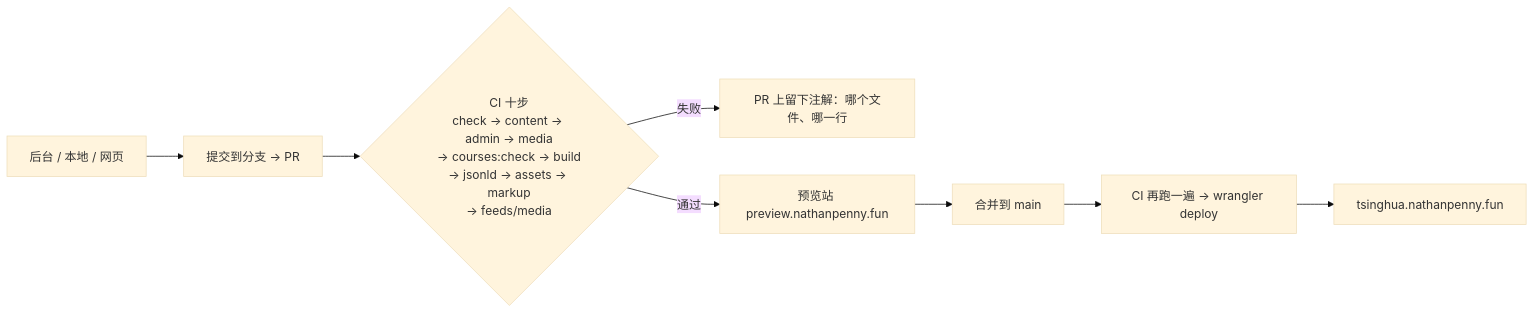
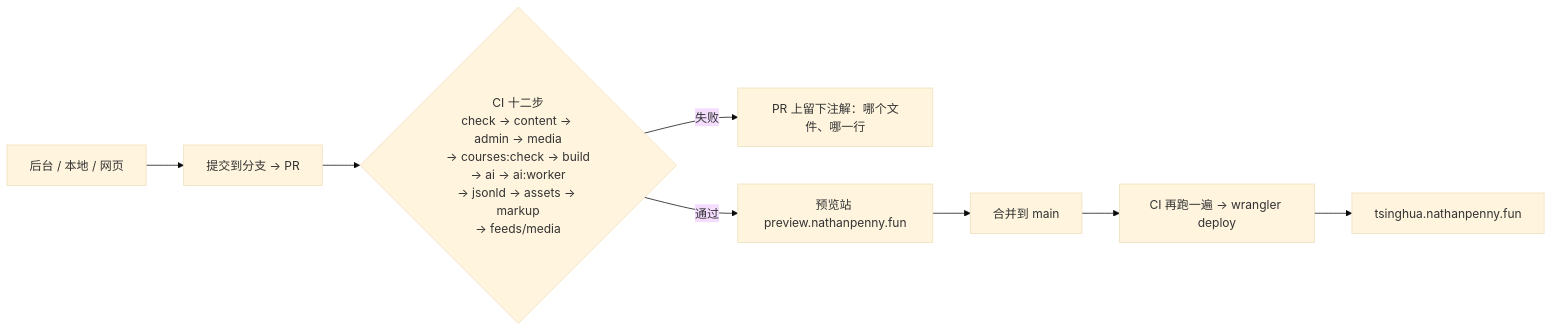
Before and after one commit to nathanpenny520/TsinghuaSurvive: the first of 2 diagrams in README.md, drawn with Mermaid (base theme). The commit also changed other lines of this file and 29 other files, not shown here.

````diff
--- a/README.md
+++ b/README.md
@@ -120,10 +134,10 @@
 ```mermaid
 flowchart LR
   A["后台 / 本地 / 网页"] --> B["提交到分支 → PR"]
-  B --> C{"CI 十步<br/>check → content → admin → media<br/>→ courses:check → build<br/>→ jsonld → assets → markup<br/>→ feeds/media"}
+  B --> C{"CI 十二步<br/>check → content → admin → media<br/>→ courses:check → build<br/>→ ai → ai:worker<br/>→ jsonld → assets → markup<br/>→ feeds/media"}
   C -- "失败" --> D["PR 上留下注解：哪个文件、哪一行"]
   C -- "通过" --> E["预览站 preview.nathanpenny.fun"]
   E --> F["合并到 main"]
   F --> G["CI 再跑一遍 → wrangler deploy"]
   G --> H["tsinghua.nathanpenny.fun"]
 ```
````
